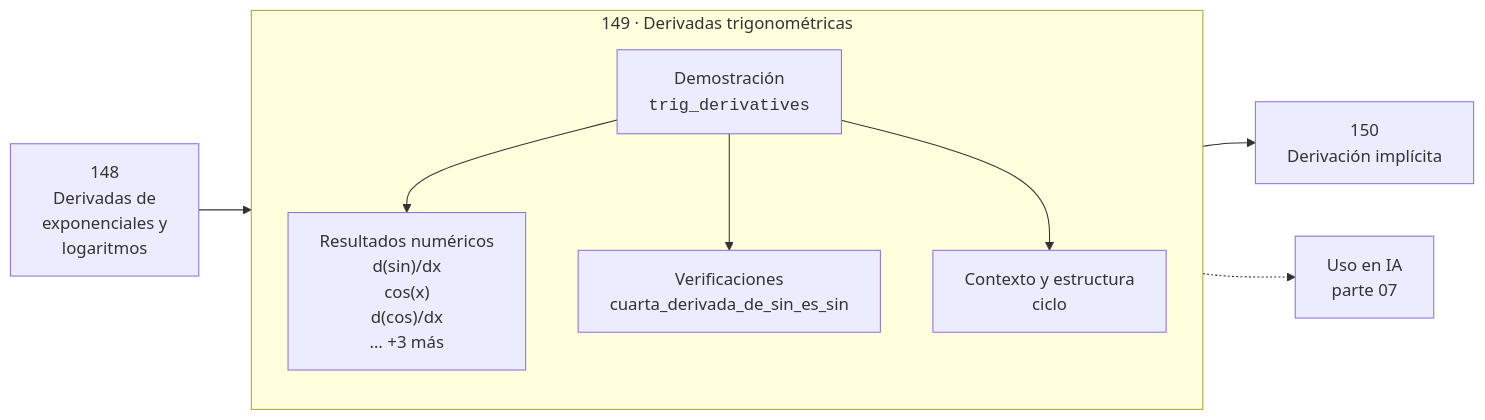
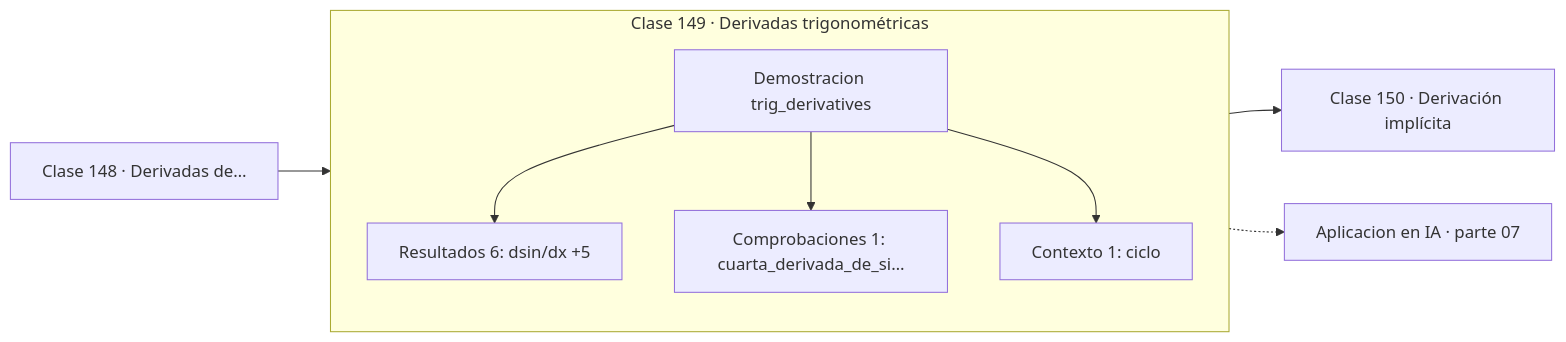
Before and after one commit to vladimiracunadev-create/computational-mathematics-program: the diagram in classes/part-07-calculo-diferencial-e-integral/149-derivadas-trigonometricas/README.md, drawn with Mermaid. The commit also changed 389 other files, not shown here.

First line of the commit message:
fix(diagramas): elimina el HTML de las etiquetas Mermaid

````diff
--- a/classes/part-07-calculo-diferencial-e-integral/149-derivadas-trigonometricas/README.md
+++ b/classes/part-07-calculo-diferencial-e-integral/149-derivadas-trigonometricas/README.md
@@ -30,12 +30,13 @@
 ```mermaid
 flowchart LR
-    P["148<br/>Derivadas de<br/>exponenciales y<br/>logaritmos"] --> C
-    subgraph C["149 · Derivadas trigonométricas"]
+    P["Clase 148 · Derivadas de…"] --> D
+    subgraph CLASE["Clase 149 · Derivadas trigonométricas"]
         direction TB
-        D["Demostración<br/><code>trig_derivatives</code>"] --> R["Resultados numéricos<br/>d(sin)/dx<br/>cos(x)<br/>d(cos)/dx<br/>… +3 más"]
-        D --> V["Verificaciones<br/>cuarta_derivada_de_sin_es_sin"]
-        D --> O["Contexto y estructura<br/>ciclo"]
+        D["Demostracion trig_derivatives"]
+        D --> R["Resultados 6: dsin/dx +5"]
+        D --> V["Comprobaciones 1: cuarta_derivada_de_si…"]
+        D --> O["Contexto 1: ciclo"]
     end
-    C --> N["150<br/>Derivación implícita"]
-    C -.-> IA["Uso en IA<br/>parte 07"]
+    R --> N["Clase 150 · Derivación implícita"]
+    V -.-> IA["Aplicacion en IA · parte 07"]
 ```
````
